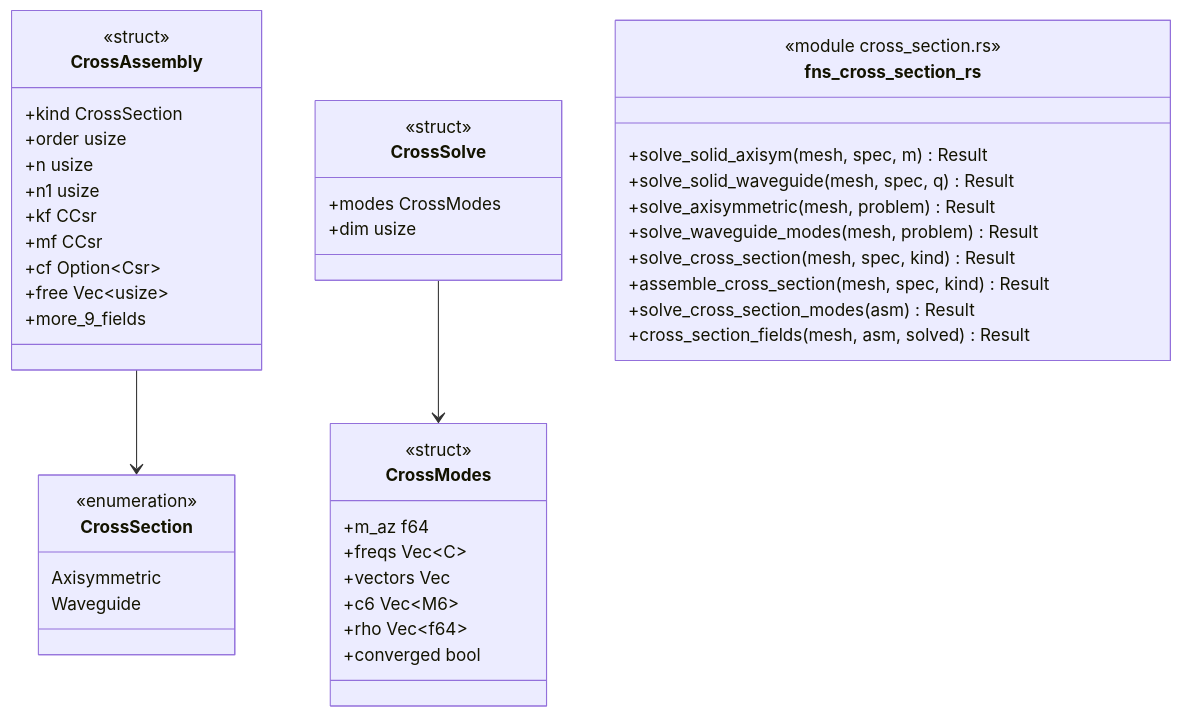
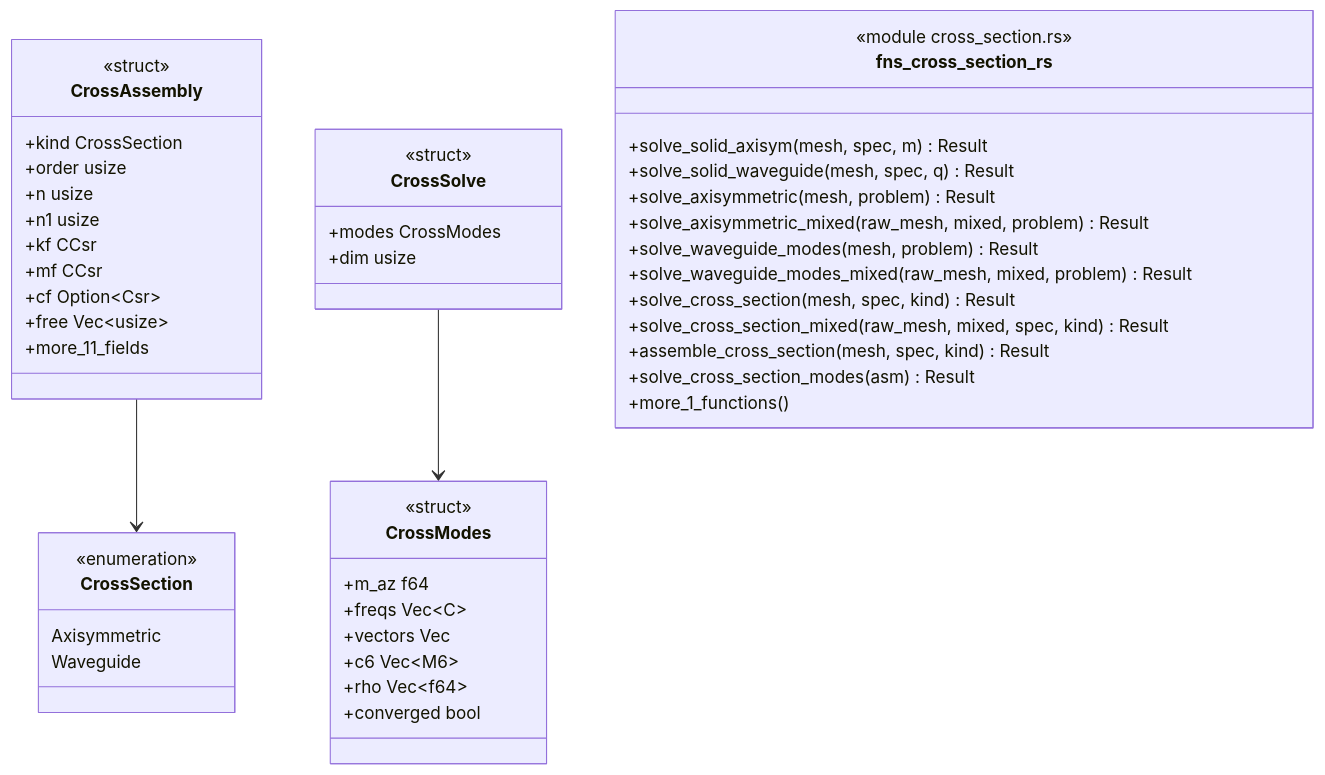
Before and after one commit to p-j-r/nyx: the diagram in docs/architecture/c4/4-code/sms/crosssection.md, drawn with Mermaid. The commit also changed other lines of this file and 110 other files, not shown here.

````diff
--- a/docs/architecture/c4/4-code/sms/crosssection.md
+++ b/docs/architecture/c4/4-code/sms/crosssection.md
@@ -39,47 +42,50 @@
 ```mermaid
 classDiagram
   class CrossModes {
       <<struct>>
       +m_az f64
       +freqs Vec~C~
       +vectors Vec
       +c6 Vec~M6~
       +rho Vec~f64~
       +converged bool
   }
   class CrossSection {
       <<enumeration>>
       Axisymmetric
       Waveguide
   }
   class CrossAssembly {
       <<struct>>
       +kind CrossSection
       +order usize
       +n usize
       +n1 usize
       +kf CCsr
       +mf CCsr
       +cf Option~Csr~
       +free Vec~usize~
-      +more_9_fields
+      +more_11_fields
   }
   class CrossSolve {
       <<struct>>
       +modes CrossModes
       +dim usize
   }
   class fns_cross_section_rs {
       <<module cross_section.rs>>
       +solve_solid_axisym(mesh, spec, m) Result
       +solve_solid_waveguide(mesh, spec, q) Result
       +solve_axisymmetric(mesh, problem) Result
+      +solve_axisymmetric_mixed(raw_mesh, mixed, problem) Result
       +solve_waveguide_modes(mesh, problem) Result
+      +solve_waveguide_modes_mixed(raw_mesh, mixed, problem) Result
       +solve_cross_section(mesh, spec, kind) Result
+      +solve_cross_section_mixed(raw_mesh, mixed, spec, kind) Result
       +assemble_cross_section(mesh, spec, kind) Result
       +solve_cross_section_modes(asm) Result
-      +cross_section_fields(mesh, asm, solved) Result
+      +more_1_functions()
   }
   CrossAssembly --> CrossSection
   CrossSolve --> CrossModes
 ```
````
